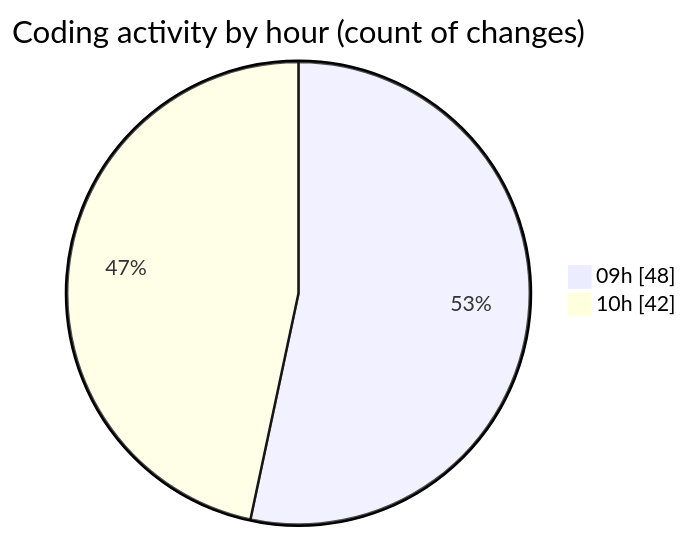
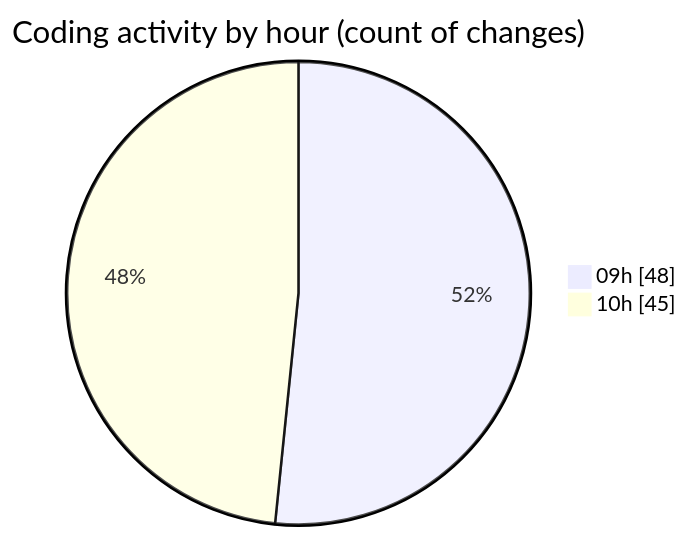
Before and after one commit to momahboobian/code-tracking: the second of 2 diagrams in 2025-03-14/cda/README.md, drawn with Mermaid. The commit also changed other lines of this file and 1 other file, not shown here.

````diff
--- a/2025-03-14/cda/README.md
+++ b/2025-03-14/cda/README.md
@@ -45,6 +45,6 @@
 ```mermaid
 pie showData
 title Coding activity by hour (count of changes)
 "09h" : 48
-"10h" : 42
+"10h" : 45
 ```
````
